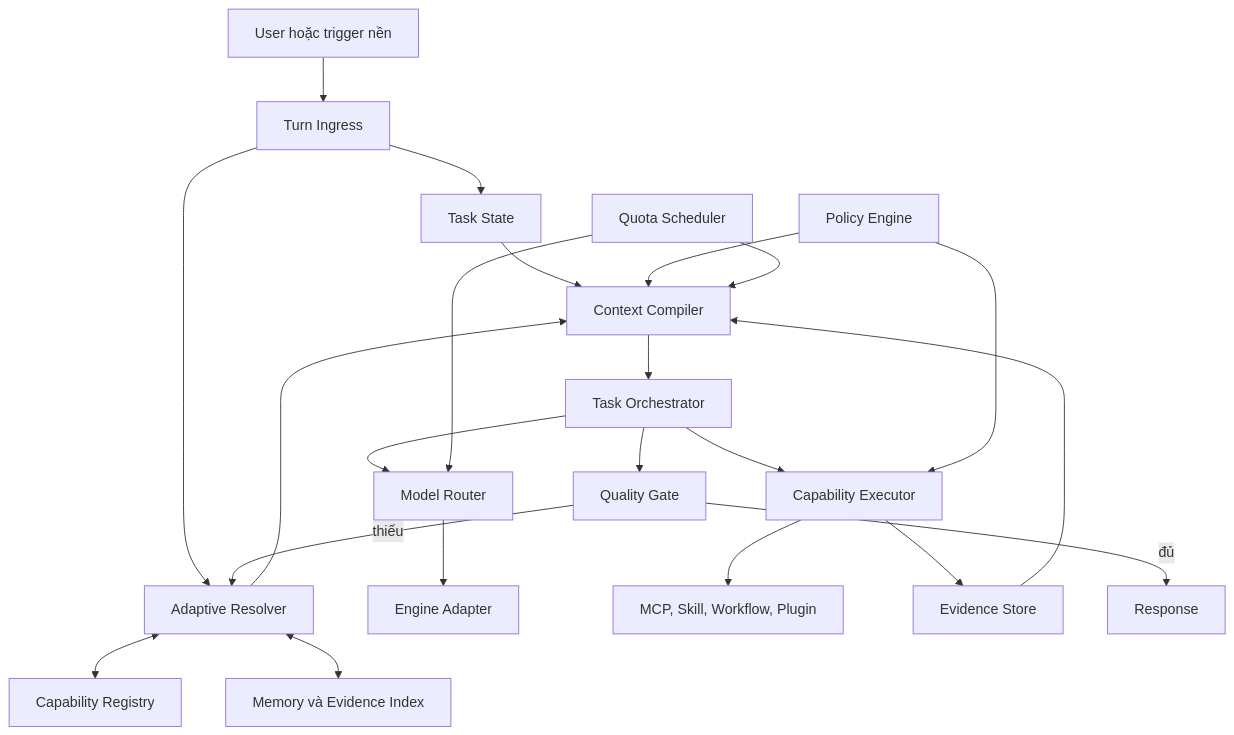
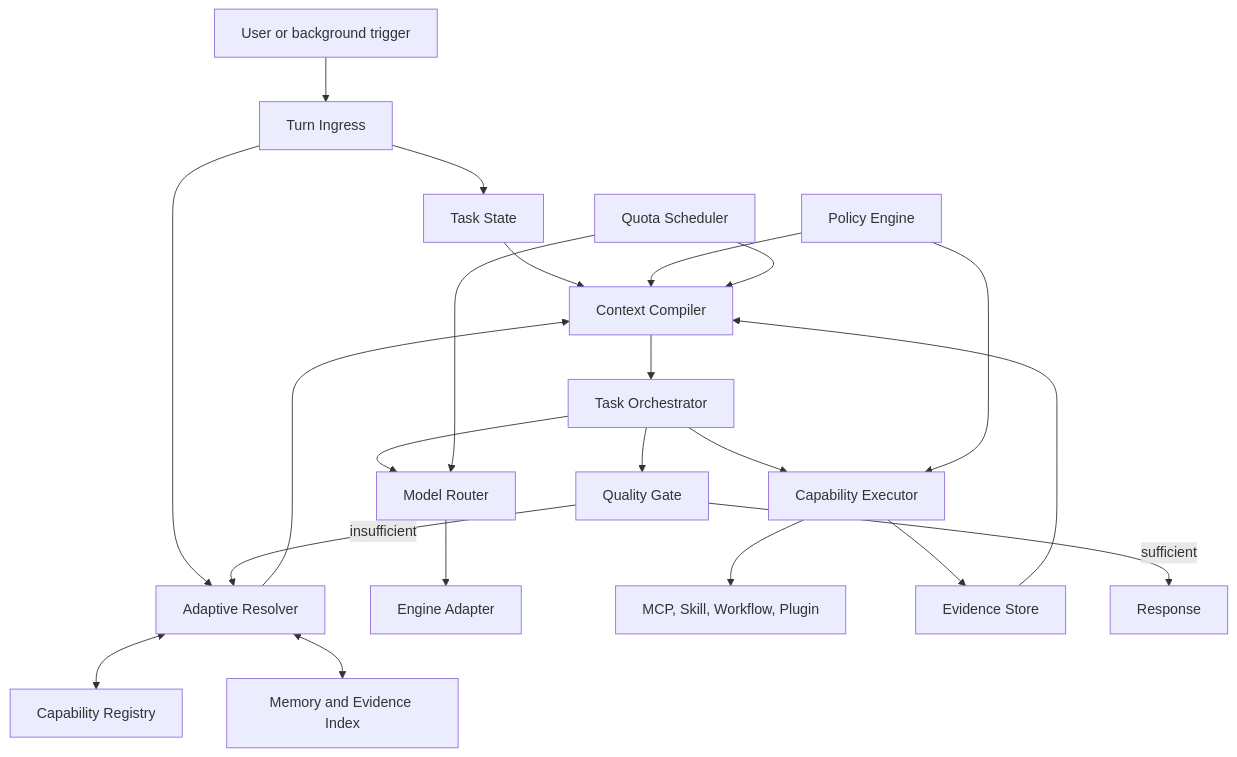
The first of 2 diagrams in docs/dev/2026-08-adaptive-context-runtime-spec.md (thebaci/Jarvis-007), drawn with Mermaid before and after one commit. The commit also changed other lines of this file and 12 other files, not shown here.

````diff
--- a/docs/dev/2026-08-adaptive-context-runtime-spec.md
+++ b/docs/dev/2026-08-adaptive-context-runtime-spec.md
@@ -218,24 +218,24 @@
 ```mermaid
 flowchart TD
-    U[User hoặc trigger nền] --> I[Turn Ingress]
+    U[User or background trigger] --> I[Turn Ingress]
     I --> S[Task State]
     I --> R[Adaptive Resolver]
     R <--> G[Capability Registry]
-    R <--> MI[Memory và Evidence Index]
+    R <--> MI[Memory and Evidence Index]
     R --> C[Context Compiler]
     S --> C
     C --> O[Task Orchestrator]
     O --> MR[Model Router]
     MR --> E[Engine Adapter]
     O --> X[Capability Executor]
     X --> M[MCP, Skill, Workflow, Plugin]
     X --> ES[Evidence Store]
     ES --> C
     O --> Q[Quality Gate]
-    Q -->|đủ| A[Response]
-    Q -->|thiếu| R
+    Q -->|sufficient| A[Response]
+    Q -->|insufficient| R
     P[Policy Engine] --> C
     P --> X
     QS[Quota Scheduler] --> C
     QS --> MR
 ```
````
